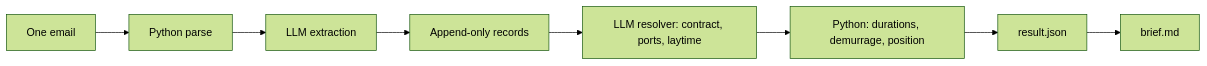
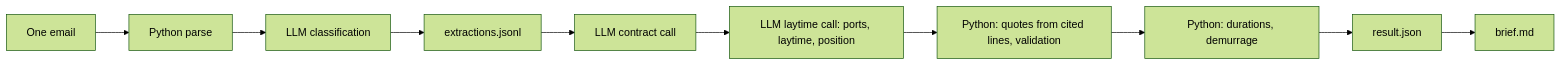
The first of 5 diagrams in ARCHITECTURE.md (silviiaromanato/demurrage), drawn with Mermaid (forest theme) before and after one commit. The commit also changed other lines of this file and 23 other files, not shown here.

````diff
--- a/ARCHITECTURE.md
+++ b/ARCHITECTURE.md
@@ -41,10 +51,12 @@
 ```mermaid
 flowchart LR
     Email["One email"] --> Parse["Python parse"]
-    Parse --> Extract["LLM extraction"]
-    Extract --> Records["Append-only records"]
-    Records --> Resolve["LLM resolver: contract, ports, laytime"]
-    Resolve --> Calculate["Python: durations, demurrage, position"]
+    Parse --> Extract["LLM classification"]
+    Extract --> Records["extractions.jsonl"]
+    Records --> Contract["LLM contract call"]
+    Contract --> Laytime["LLM laytime call: ports, laytime, position"]
+    Laytime --> Quotes["Python: quotes from cited lines, validation"]
+    Quotes --> Calculate["Python: durations, demurrage"]
     Calculate --> Result["result.json"]
     Result --> Brief["brief.md"]
 ```
````
